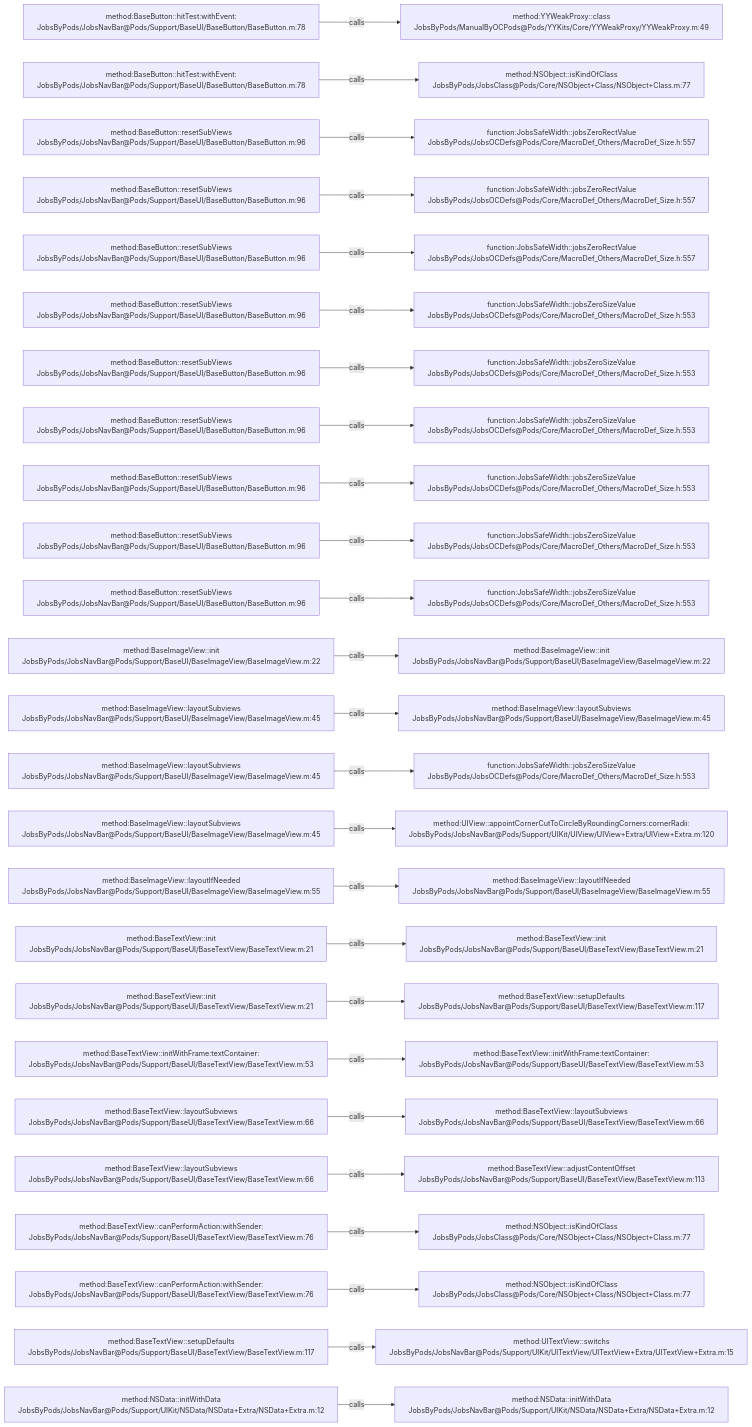
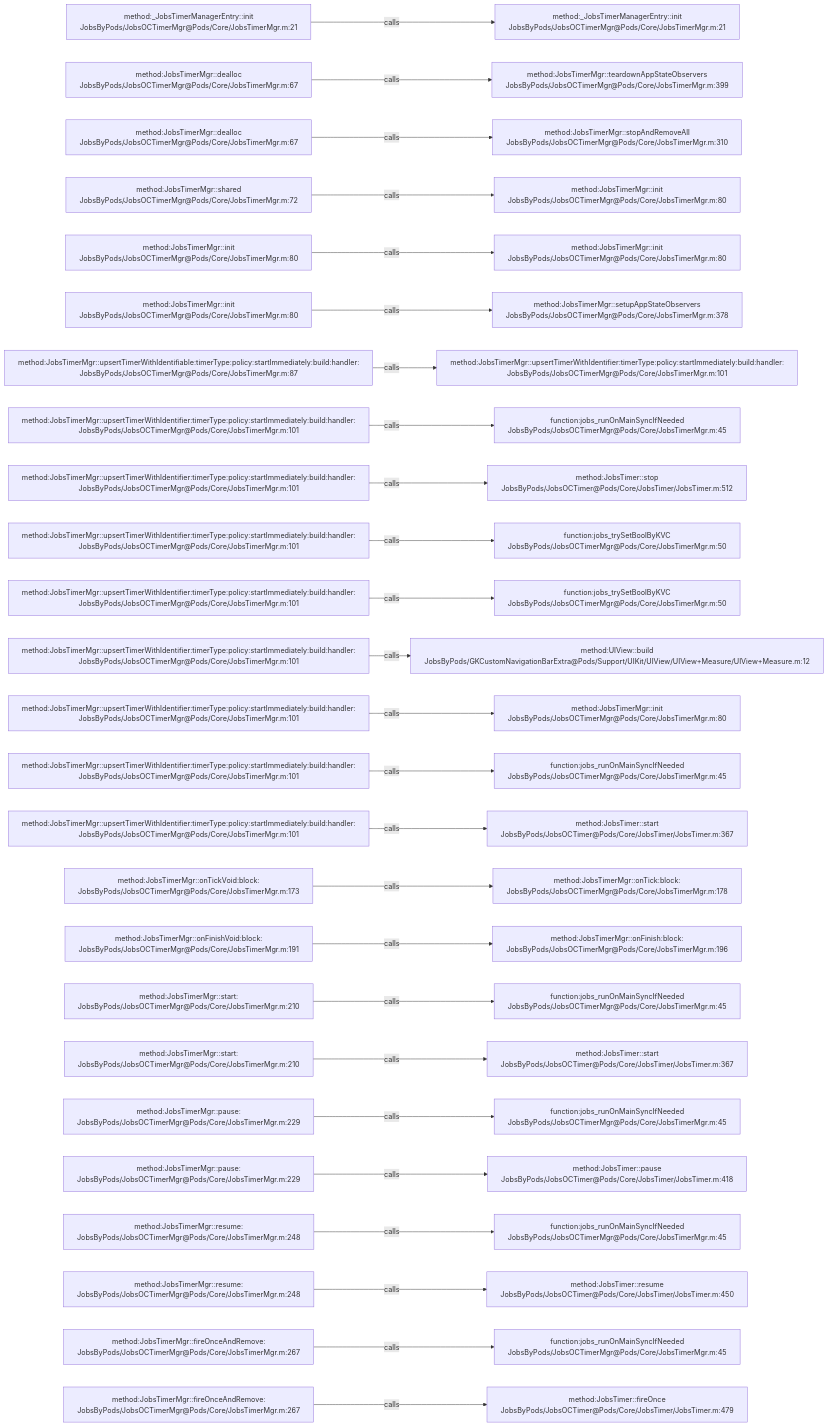
Before and after one commit to JobsKits/JobsOCBaseConfigDemo: the diagram in .codegraph/codegraph.md/graphs/calls-146.md, drawn with Mermaid. The commit also changed 1026 other files, not shown here.

````diff
--- a/.codegraph/codegraph.md/graphs/calls-146.md
+++ b/.codegraph/codegraph.md/graphs/calls-146.md
@@ -13,78 +13,78 @@
 ```mermaid
 flowchart LR
-  S1["method:BaseButton::hitTest:withEvent:<br/>JobsByPods/JobsNavBar@Pods/Support/BaseUI/BaseButton/BaseButton.m:78"]
-  T1["method:YYWeakProxy::class<br/>JobsByPods/ManualByOCPods@Pods/YYKits/Core/YYWeakProxy/YYWeakProxy.m:49"]
+  S1["method:_JobsTimerManagerEntry::init<br/>JobsByPods/JobsOCTimerMgr@Pods/Core/JobsTimerMgr.m:21"]
+  T1["method:_JobsTimerManagerEntry::init<br/>JobsByPods/JobsOCTimerMgr@Pods/Core/JobsTimerMgr.m:21"]
   S1 -->|calls| T1
-  S2["method:BaseButton::hitTest:withEvent:<br/>JobsByPods/JobsNavBar@Pods/Support/BaseUI/BaseButton/BaseButton.m:78"]
-  T2["method:NSObject::isKindOfClass<br/>JobsByPods/JobsClass@Pods/Core/NSObject+Class/NSObject+Class.m:77"]
+  S2["method:JobsTimerMgr::dealloc<br/>JobsByPods/JobsOCTimerMgr@Pods/Core/JobsTimerMgr.m:67"]
+  T2["method:JobsTimerMgr::teardownAppStateObservers<br/>JobsByPods/JobsOCTimerMgr@Pods/Core/JobsTimerMgr.m:399"]
   S2 -->|calls| T2
-  S3["method:BaseButton::resetSubViews<br/>JobsByPods/JobsNavBar@Pods/Support/BaseUI/BaseButton/BaseButton.m:96"]
-  T3["function:JobsSafeWidth::jobsZeroRectValue<br/>JobsByPods/JobsOCDefs@Pods/Core/MacroDef_Others/MacroDef_Size.h:557"]
+  S3["method:JobsTimerMgr::dealloc<br/>JobsByPods/JobsOCTimerMgr@Pods/Core/JobsTimerMgr.m:67"]
+  T3["method:JobsTimerMgr::stopAndRemoveAll<br/>JobsByPods/JobsOCTimerMgr@Pods/Core/JobsTimerMgr.m:310"]
   S3 -->|calls| T3
-  S4["method:BaseButton::resetSubViews<br/>JobsByPods/JobsNavBar@Pods/Support/BaseUI/BaseButton/BaseButton.m:96"]
-  T4["function:JobsSafeWidth::jobsZeroRectValue<br/>JobsByPods/JobsOCDefs@Pods/Core/MacroDef_Others/MacroDef_Size.h:557"]
+  S4["method:JobsTimerMgr::shared<br/>JobsByPods/JobsOCTimerMgr@Pods/Core/JobsTimerMgr.m:72"]
+  T4["method:JobsTimerMgr::init<br/>JobsByPods/JobsOCTimerMgr@Pods/Core/JobsTimerMgr.m:80"]
   S4 -->|calls| T4
-  S5["method:BaseButton::resetSubViews<br/>JobsByPods/JobsNavBar@Pods/Support/BaseUI/BaseButton/BaseButton.m:96"]
-  T5["function:JobsSafeWidth::jobsZeroRectValue<br/>JobsByPods/JobsOCDefs@Pods/Core/MacroDef_Others/MacroDef_Size.h:557"]
+  S5["method:JobsTimerMgr::init<br/>JobsByPods/JobsOCTimerMgr@Pods/Core/JobsTimerMgr.m:80"]
+  T5["method:JobsTimerMgr::init<br/>JobsByPods/JobsOCTimerMgr@Pods/Core/JobsTimerMgr.m:80"]
   S5 -->|calls| T5
-  S6["method:BaseButton::resetSubViews<br/>JobsByPods/JobsNavBar@Pods/Support/BaseUI/BaseButton/BaseButton.m:96"]
-  T6["function:JobsSafeWidth::jobsZeroSizeValue<br/>JobsByPods/JobsOCDefs@Pods/Core/MacroDef_Others/MacroDef_Size.h:553"]
+  S6["method:JobsTimerMgr::init<br/>JobsByPods/JobsOCTimerMgr@Pods/Core/JobsTimerMgr.m:80"]
+  T6["method:JobsTimerMgr::setupAppStateObservers<br/>JobsByPods/JobsOCTimerMgr@Pods/Core/JobsTimerMgr.m:378"]
   S6 -->|calls| T6
-  S7["method:BaseButton::resetSubViews<br/>JobsByPods/JobsNavBar@Pods/Support/BaseUI/BaseButton/BaseButton.m:96"]
-  T7["function:JobsSafeWidth::jobsZeroSizeValue<br/>JobsByPods/JobsOCDefs@Pods/Core/MacroDef_Others/MacroDef_Size.h:553"]
+  S7["method:JobsTimerMgr::upsertTimerWithIdentifiable:timerType:policy:startImmediately:build:handler:<br/>JobsByPods/JobsOCTimerMgr@Pods/Core/JobsTimerMgr.m:87"]
+  T7["method:JobsTimerMgr::upsertTimerWithIdentifier:timerType:policy:startImmediately:build:handler:<br/>JobsByPods/JobsOCTimerMgr@Pods/Core/JobsTimerMgr.m:101"]
   S7 -->|calls| T7
-  S8["method:BaseButton::resetSubViews<br/>JobsByPods/JobsNavBar@Pods/Support/BaseUI/BaseButton/BaseButton.m:96"]
-  T8["function:JobsSafeWidth::jobsZeroSizeValue<br/>JobsByPods/JobsOCDefs@Pods/Core/MacroDef_Others/MacroDef_Size.h:553"]
+  S8["method:JobsTimerMgr::upsertTimerWithIdentifier:timerType:policy:startImmediately:build:handler:<br/>JobsByPods/JobsOCTimerMgr@Pods/Core/JobsTimerMgr.m:101"]
+  T8["function:jobs_runOnMainSyncIfNeeded<br/>JobsByPods/JobsOCTimerMgr@Pods/Core/JobsTimerMgr.m:45"]
   S8 -->|calls| T8
-  S9["method:BaseButton::resetSubViews<br/>JobsByPods/JobsNavBar@Pods/Support/BaseUI/BaseButton/BaseButton.m:96"]
-  T9["function:JobsSafeWidth::jobsZeroSizeValue<br/>JobsByPods/JobsOCDefs@Pods/Core/MacroDef_Others/MacroDef_Size.h:553"]
+  S9["method:JobsTimerMgr::upsertTimerWithIdentifier:timerType:policy:startImmediately:build:handler:<br/>JobsByPods/JobsOCTimerMgr@Pods/Core/JobsTimerMgr.m:101"]
+  T9["method:JobsTimer::stop<br/>JobsByPods/JobsOCTimer@Pods/Core/JobsTimer/JobsTimer.m:512"]
   S9 -->|calls| T9
-  S10["method:BaseButton::resetSubViews<br/>JobsByPods/JobsNavBar@Pods/Support/BaseUI/BaseButton/BaseButton.m:96"]
-  T10["function:JobsSafeWidth::jobsZeroSizeValue<br/>JobsByPods/JobsOCDefs@Pods/Core/MacroDef_Others/MacroDef_Size.h:553"]
+  S10["method:JobsTimerMgr::upsertTimerWithIdentifier:timerType:policy:startImmediately:build:handler:<br/>JobsByPods/JobsOCTimerMgr@Pods/Core/JobsTimerMgr.m:101"]
+  T10["function:jobs_trySetBoolByKVC<br/>JobsByPods/JobsOCTimerMgr@Pods/Core/JobsTimerMgr.m:50"]
   S10 -->|calls| T10
-  S11["method:BaseButton::resetSubViews<br/>JobsByPods/JobsNavBar@Pods/Support/BaseUI/BaseButton/BaseButton.m:96"]
-  T11["function:JobsSafeWidth::jobsZeroSizeValue<br/>JobsByPods/JobsOCDefs@Pods/Core/MacroDef_Others/MacroDef_Size.h:553"]
+  S11["method:JobsTimerMgr::upsertTimerWithIdentifier:timerType:policy:startImmediately:build:handler:<br/>JobsByPods/JobsOCTimerMgr@Pods/Core/JobsTimerMgr.m:101"]
+  T11["function:jobs_trySetBoolByKVC<br/>JobsByPods/JobsOCTimerMgr@Pods/Core/JobsTimerMgr.m:50"]
   S11 -->|calls| T11
-  S12["method:BaseImageView::init<br/>JobsByPods/JobsNavBar@Pods/Support/BaseUI/BaseImageView/BaseImageView.m:22"]
-  T12["method:BaseImageView::init<br/>JobsByPods/JobsNavBar@Pods/Support/BaseUI/BaseImageView/BaseImageView.m:22"]
+  S12["method:JobsTimerMgr::upsertTimerWithIdentifier:timerType:policy:startImmediately:build:handler:<br/>JobsByPods/JobsOCTimerMgr@Pods/Core/JobsTimerMgr.m:101"]
+  T12["method:UIView::build<br/>JobsByPods/GKCustomNavigationBarExtra@Pods/Support/UIKit/UIView/UIView+Measure/UIView+Measure.m:12"]
   S12 -->|calls| T12
-  S13["method:BaseImageView::layoutSubviews<br/>JobsByPods/JobsNavBar@Pods/Support/BaseUI/BaseImageView/BaseImageView.m:45"]
-  T13["method:BaseImageView::layoutSubviews<br/>JobsByPods/JobsNavBar@Pods/Support/BaseUI/BaseImageView/BaseImageView.m:45"]
+  S13["method:JobsTimerMgr::upsertTimerWithIdentifier:timerType:policy:startImmediately:build:handler:<br/>JobsByPods/JobsOCTimerMgr@Pods/Core/JobsTimerMgr.m:101"]
+  T13["method:JobsTimerMgr::init<br/>JobsByPods/JobsOCTimerMgr@Pods/Core/JobsTimerMgr.m:80"]
   S13 -->|calls| T13
-  S14["method:BaseImageView::layoutSubviews<br/>JobsByPods/JobsNavBar@Pods/Support/BaseUI/BaseImageView/BaseImageView.m:45"]
-  T14["function:JobsSafeWidth::jobsZeroSizeValue<br/>JobsByPods/JobsOCDefs@Pods/Core/MacroDef_Others/MacroDef_Size.h:553"]
+  S14["method:JobsTimerMgr::upsertTimerWithIdentifier:timerType:policy:startImmediately:build:handler:<br/>JobsByPods/JobsOCTimerMgr@Pods/Core/JobsTimerMgr.m:101"]
+  T14["function:jobs_runOnMainSyncIfNeeded<br/>JobsByPods/JobsOCTimerMgr@Pods/Core/JobsTimerMgr.m:45"]
   S14 -->|calls| T14
-  S15["method:BaseImageView::layoutSubviews<br/>JobsByPods/JobsNavBar@Pods/Support/BaseUI/BaseImageView/BaseImageView.m:45"]
-  T15["method:UIView::appointCornerCutToCircleByRoundingCorners:cornerRadii:<br/>JobsByPods/JobsNavBar@Pods/Support/UIKit/UIView/UIView+Extra/UIView+Extra.m:120"]
+  S15["method:JobsTimerMgr::upsertTimerWithIdentifier:timerType:policy:startImmediately:build:handler:<br/>JobsByPods/JobsOCTimerMgr@Pods/Core/JobsTimerMgr.m:101"]
+  T15["method:JobsTimer::start<br/>JobsByPods/JobsOCTimer@Pods/Core/JobsTimer/JobsTimer.m:367"]
   S15 -->|calls| T15
-  S16["method:BaseImageView::layoutIfNeeded<br/>JobsByPods/JobsNavBar@Pods/Support/BaseUI/BaseImageView/BaseImageView.m:55"]
-  T16["method:BaseImageView::layoutIfNeeded<br/>JobsByPods/JobsNavBar@Pods/Support/BaseUI/BaseImageView/BaseImageView.m:55"]
+  S16["method:JobsTimerMgr::onTickVoid:block:<br/>JobsByPods/JobsOCTimerMgr@Pods/Core/JobsTimerMgr.m:173"]
+  T16["method:JobsTimerMgr::onTick:block:<br/>JobsByPods/JobsOCTimerMgr@Pods/Core/JobsTimerMgr.m:178"]
   S16 -->|calls| T16
-  S17["method:BaseTextView::init<br/>JobsByPods/JobsNavBar@Pods/Support/BaseUI/BaseTextView/BaseTextView.m:21"]
-  T17["method:BaseTextView::init<br/>JobsByPods/JobsNavBar@Pods/Support/BaseUI/BaseTextView/BaseTextView.m:21"]
+  S17["method:JobsTimerMgr::onFinishVoid:block:<br/>JobsByPods/JobsOCTimerMgr@Pods/Core/JobsTimerMgr.m:191"]
+  T17["method:JobsTimerMgr::onFinish:block:<br/>JobsByPods/JobsOCTimerMgr@Pods/Core/JobsTimerMgr.m:196"]
   S17 -->|calls| T17
-  S18["method:BaseTextView::init<br/>JobsByPods/JobsNavBar@Pods/Support/BaseUI/BaseTextView/BaseTextView.m:21"]
-  T18["method:BaseTextView::setupDefaults<br/>JobsByPods/JobsNavBar@Pods/Support/BaseUI/BaseTextView/BaseTextView.m:117"]
+  S18["method:JobsTimerMgr::start:<br/>JobsByPods/JobsOCTimerMgr@Pods/Core/JobsTimerMgr.m:210"]
+  T18["function:jobs_runOnMainSyncIfNeeded<br/>JobsByPods/JobsOCTimerMgr@Pods/Core/JobsTimerMgr.m:45"]
   S18 -->|calls| T18
-  S19["method:BaseTextView::initWithFrame:textContainer:<br/>JobsByPods/JobsNavBar@Pods/Support/BaseUI/BaseTextView/BaseTextView.m:53"]
-  T19["method:BaseTextView::initWithFrame:textContainer:<br/>JobsByPods/JobsNavBar@Pods/Support/BaseUI/BaseTextView/BaseTextView.m:53"]
+  S19["method:JobsTimerMgr::start:<br/>JobsByPods/JobsOCTimerMgr@Pods/Core/JobsTimerMgr.m:210"]
+  T19["method:JobsTimer::start<br/>JobsByPods/JobsOCTimer@Pods/Core/JobsTimer/JobsTimer.m:367"]
   S19 -->|calls| T19
-  S20["method:BaseTextView::layoutSubviews<br/>JobsByPods/JobsNavBar@Pods/Support/BaseUI/BaseTextView/BaseTextView.m:66"]
-  T20["method:BaseTextView::layoutSubviews<br/>JobsByPods/JobsNavBar@Pods/Support/BaseUI/BaseTextView/BaseTextView.m:66"]
+  S20["method:JobsTimerMgr::pause:<br/>JobsByPods/JobsOCTimerMgr@Pods/Core/JobsTimerMgr.m:229"]
+  T20["function:jobs_runOnMainSyncIfNeeded<br/>JobsByPods/JobsOCTimerMgr@Pods/Core/JobsTimerMgr.m:45"]
   S20 -->|calls| T20
-  S21["method:BaseTextView::layoutSubviews<br/>JobsByPods/JobsNavBar@Pods/Support/BaseUI/BaseTextView/BaseTextView.m:66"]
-  T21["method:BaseTextView::adjustContentOffset<br/>JobsByPods/JobsNavBar@Pods/Support/BaseUI/BaseTextView/BaseTextView.m:113"]
+  S21["method:JobsTimerMgr::pause:<br/>JobsByPods/JobsOCTimerMgr@Pods/Core/JobsTimerMgr.m:229"]
+  T21["method:JobsTimer::pause<br/>JobsByPods/JobsOCTimer@Pods/Core/JobsTimer/JobsTimer.m:418"]
   S21 -->|calls| T21
-  S22["method:BaseTextView::canPerformAction:withSender:<br/>JobsByPods/JobsNavBar@Pods/Support/BaseUI/BaseTextView/BaseTextView.m:76"]
-  T22["method:NSObject::isKindOfClass<br/>JobsByPods/JobsClass@Pods/Core/NSObject+Class/NSObject+Class.m:77"]
+  S22["method:JobsTimerMgr::resume:<br/>JobsByPods/JobsOCTimerMgr@Pods/Core/JobsTimerMgr.m:248"]
+  T22["function:jobs_runOnMainSyncIfNeeded<br/>JobsByPods/JobsOCTimerMgr@Pods/Core/JobsTimerMgr.m:45"]
   S22 -->|calls| T22
-  S23["method:BaseTextView::canPerformAction:withSender:<br/>JobsByPods/JobsNavBar@Pods/Support/BaseUI/BaseTextView/BaseTextView.m:76"]
-  T23["method:NSObject::isKindOfClass<br/>JobsByPods/JobsClass@Pods/Core/NSObject+Class/NSObject+Class.m:77"]
+  S23["method:JobsTimerMgr::resume:<br/>JobsByPods/JobsOCTimerMgr@Pods/Core/JobsTimerMgr.m:248"]
+  T23["method:JobsTimer::resume<br/>JobsByPods/JobsOCTimer@Pods/Core/JobsTimer/JobsTimer.m:450"]
   S23 -->|calls| T23
-  S24["method:BaseTextView::setupDefaults<br/>JobsByPods/JobsNavBar@Pods/Support/BaseUI/BaseTextView/BaseTextView.m:117"]
-  T24["method:UITextView::switchs<br/>JobsByPods/JobsNavBar@Pods/Support/UIKit/UITextView/UITextView+Extra/UITextView+Extra.m:15"]
+  S24["method:JobsTimerMgr::fireOnceAndRemove:<br/>JobsByPods/JobsOCTimerMgr@Pods/Core/JobsTimerMgr.m:267"]
+  T24["function:jobs_runOnMainSyncIfNeeded<br/>JobsByPods/JobsOCTimerMgr@Pods/Core/JobsTimerMgr.m:45"]
   S24 -->|calls| T24
-  S25["method:NSData::initWithData<br/>JobsByPods/JobsNavBar@Pods/Support/UIKit/NSData/NSData+Extra/NSData+Extra.m:12"]
-  T25["method:NSData::initWithData<br/>JobsByPods/JobsNavBar@Pods/Support/UIKit/NSData/NSData+Extra/NSData+Extra.m:12"]
+  S25["method:JobsTimerMgr::fireOnceAndRemove:<br/>JobsByPods/JobsOCTimerMgr@Pods/Core/JobsTimerMgr.m:267"]
+  T25["method:JobsTimer::fireOnce<br/>JobsByPods/JobsOCTimer@Pods/Core/JobsTimer/JobsTimer.m:479"]
   S25 -->|calls| T25
 ```
````
